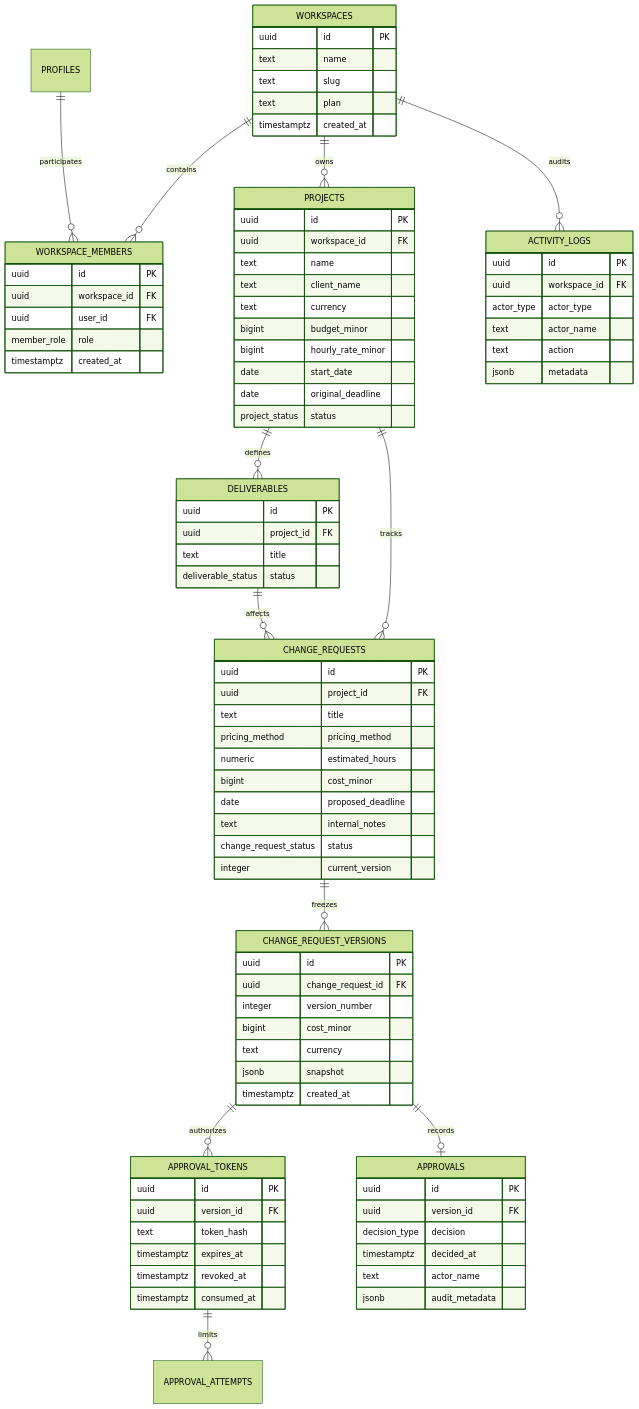
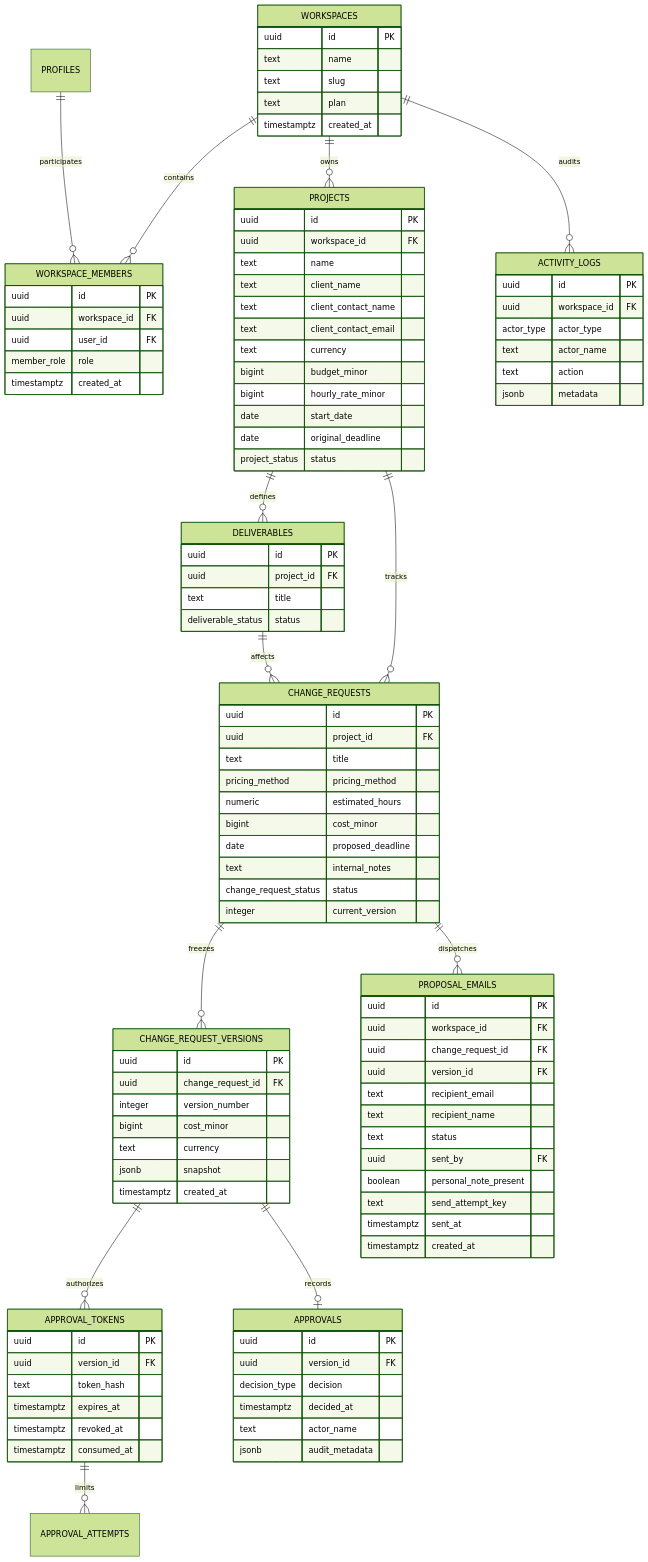
The second of 3 diagrams in docs/ARCHITECTURE.md (kirteebhat/scopeguard), drawn with Mermaid (forest theme) before and after one commit. The commit also changed 4 other files, not shown here.

Commit message:
docs: add SEND-TO-CLIENT.md, update permissions matrix, ARCHITECTURE.md, README.md, and add action test suite

````diff
--- a/docs/ARCHITECTURE.md
+++ b/docs/ARCHITECTURE.md
@@ -70,6 +70,7 @@
     CHANGE_REQUESTS ||--o{ CHANGE_REQUEST_VERSIONS : freezes
     CHANGE_REQUEST_VERSIONS ||--o{ APPROVAL_TOKENS : authorizes
     CHANGE_REQUEST_VERSIONS ||--o| APPROVALS : records
+    CHANGE_REQUESTS ||--o{ PROPOSAL_EMAILS : dispatches
     WORKSPACES ||--o{ ACTIVITY_LOGS : audits
     APPROVAL_TOKENS ||--o{ APPROVAL_ATTEMPTS : limits
 
@@ -94,6 +95,8 @@
         uuid workspace_id FK
         text name
         text client_name
+        text client_contact_name
+        text client_contact_email
         text currency
         bigint budget_minor
         bigint hourly_rate_minor
@@ -158,4 +161,19 @@
         text action
         jsonb metadata
     }
+
+    PROPOSAL_EMAILS {
+        uuid id PK
+        uuid workspace_id FK
+        uuid change_request_id FK
+        uuid version_id FK
+        text recipient_email
+        text recipient_name
+        text status
+        uuid sent_by FK
+        boolean personal_note_present
+        text send_attempt_key
+        timestamptz sent_at
+        timestamptz created_at
+    }
 ```
````
